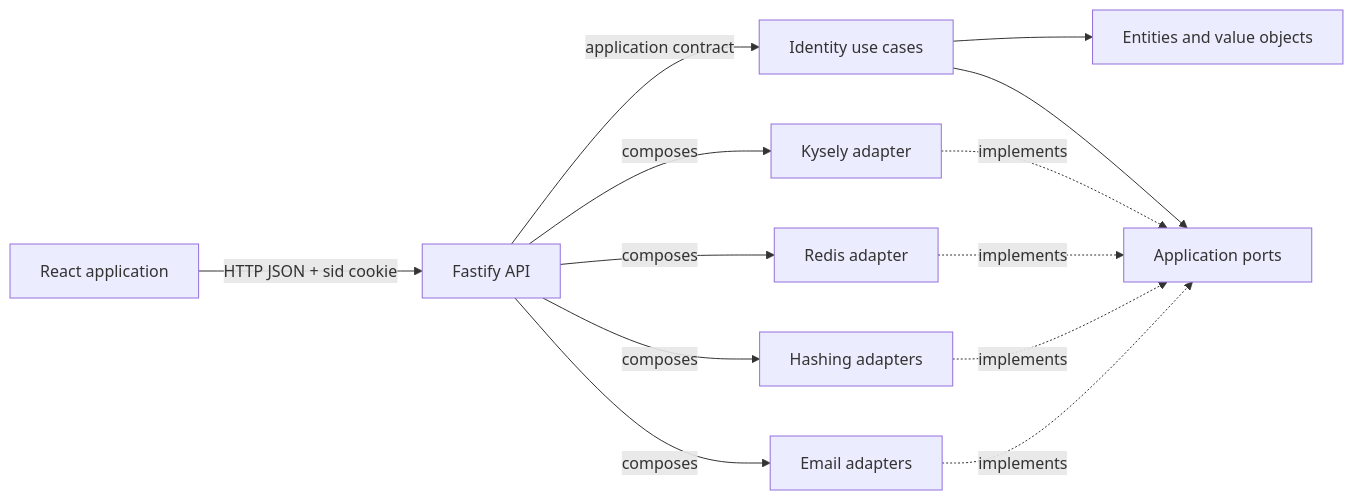
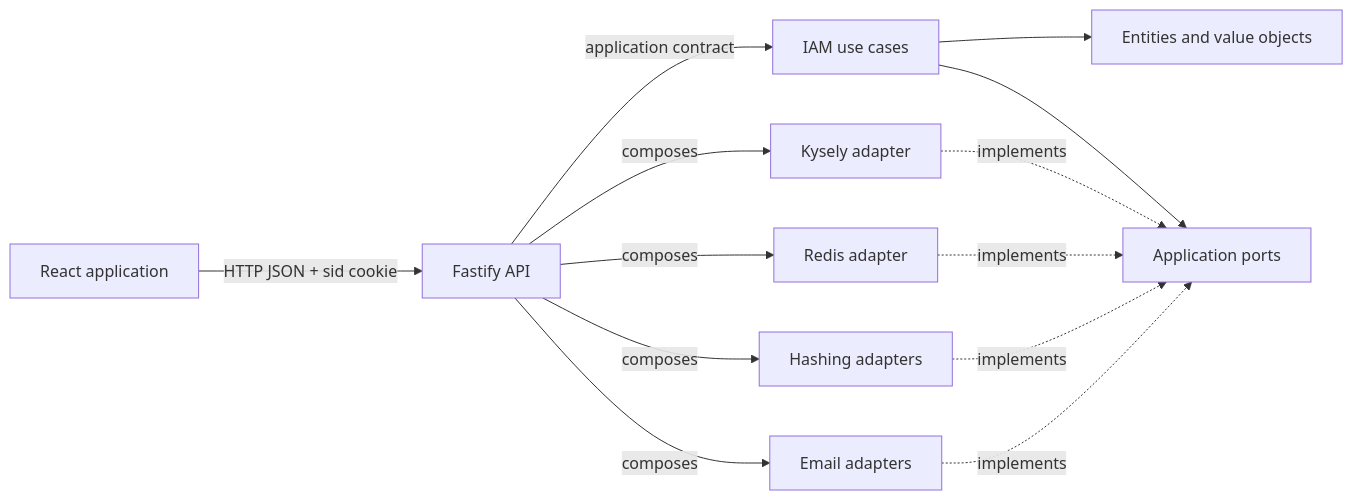
The diagram in docs/en/architecture/overview.md (Oxelio/architecture-web), drawn with Mermaid before and after one commit. The commit also changed other lines of this file and 506 other files, not shown here.

````diff
--- a/docs/en/architecture/overview.md
+++ b/docs/en/architecture/overview.md
@@ -39,15 +49,15 @@
 ```mermaid
 flowchart LR
     Browser[React application] -->|HTTP JSON + sid cookie| API[Fastify API]
-    API -->|application contract| UC[Identity use cases]
+    API -->|application contract| UC[IAM use cases]
     UC --> Domain[Entities and value objects]
     UC --> Ports[Application ports]
     Kysely[Kysely adapter] -. implements .-> Ports
     Redis[Redis adapter] -. implements .-> Ports
     Crypto[Hashing adapters] -. implements .-> Ports
     Mail[Email adapters] -. implements .-> Ports
     API -->|composes| Kysely
     API -->|composes| Redis
     API -->|composes| Crypto
     API -->|composes| Mail
 ```
````
